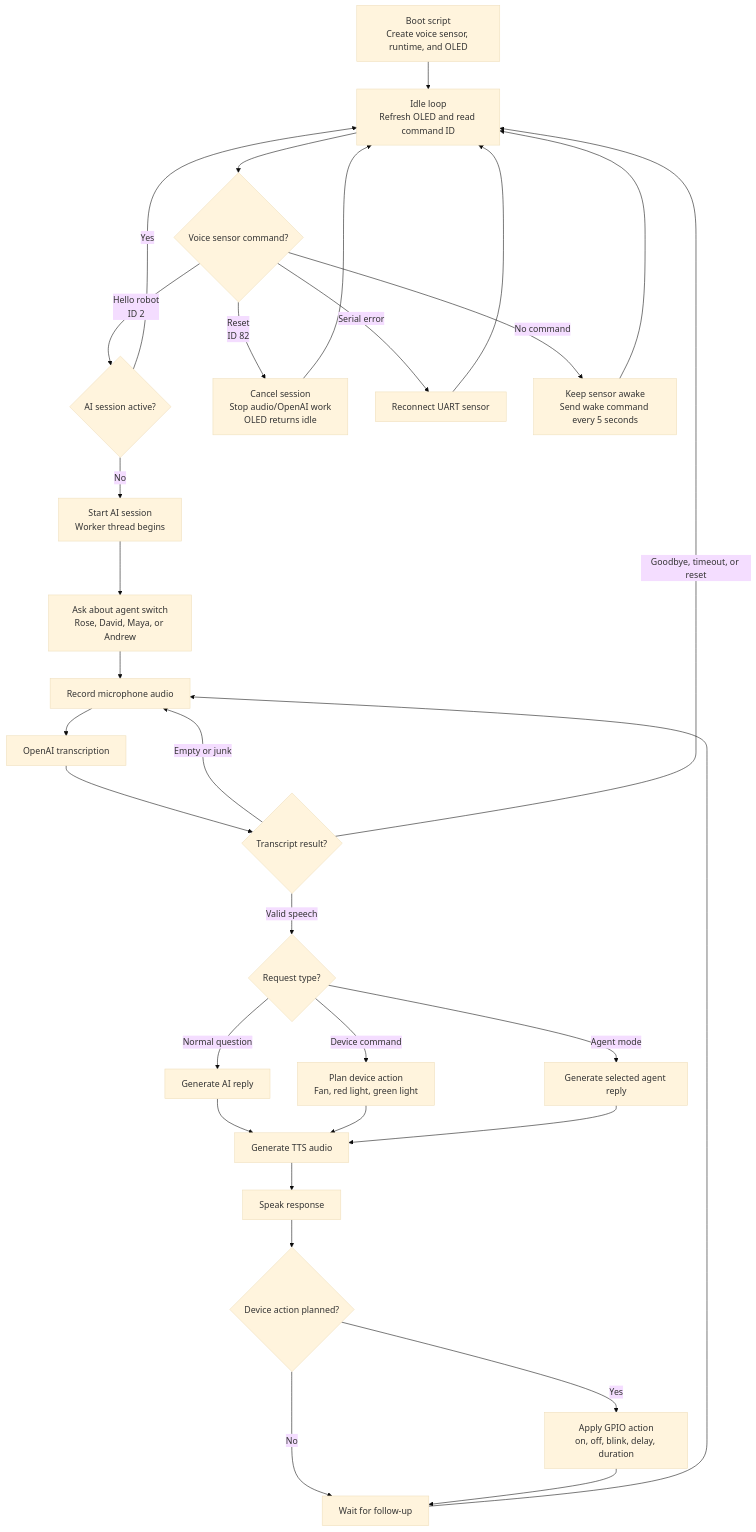
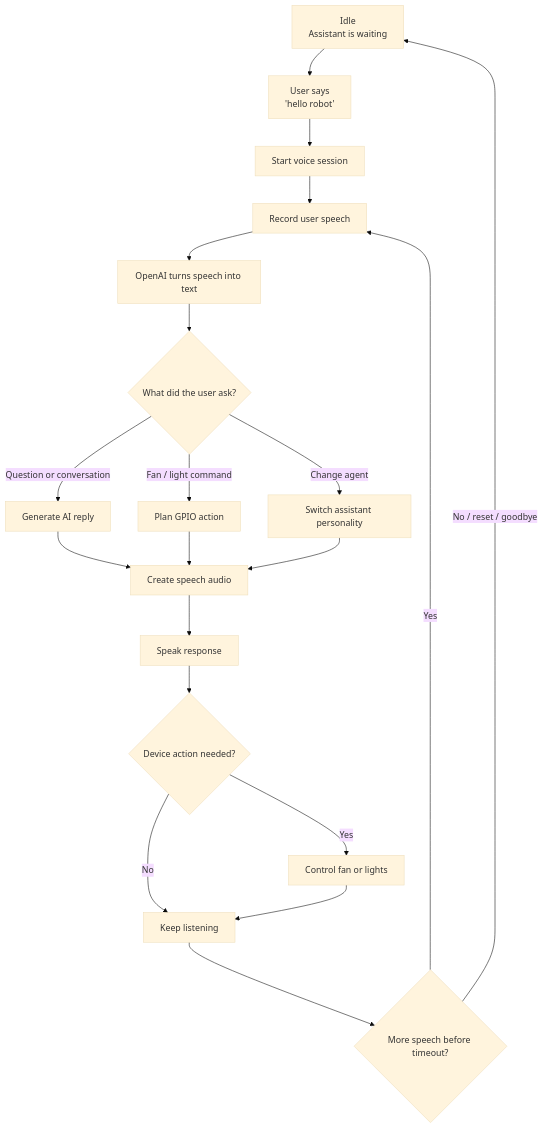
The diagram in docs/flowcharts/README.md (hieunguyentr/Smart-Voice-Home-Assistant), drawn with Mermaid (base theme) before and after one commit. The commit also changed other lines of this file and 1 other file, not shown here.

Commit message:
Simplify flowchart for readability

````diff
--- a/docs/flowcharts/README.md
+++ b/docs/flowcharts/README.md
@@ -7,42 +7,25 @@
 ```mermaid
 flowchart TD
-    A["Boot script<br/>Create voice sensor, runtime, and OLED"] --> B["Idle loop<br/>Refresh OLED and read command ID"]
-    B --> C{"Voice sensor command?"}
+    A["Idle<br/>Assistant is waiting"] --> B["User says<br/>'hello robot'"]
+    B --> C["Start voice session"]
+    C --> D["Record user speech"]
+    D --> E["OpenAI turns speech into text"]
+    E --> F{"What did the user ask?"}
 
-    C -->|"Hello robot<br/>ID 2"| D{"AI session active?"}
-    D -->|"No"| E["Start AI session<br/>Worker thread begins"]
-    D -->|"Yes"| B
+    F -->|"Question or conversation"| G["Generate AI reply"]
+    F -->|"Fan / light command"| H["Plan GPIO action"]
+    F -->|"Change agent"| I["Switch assistant personality"]
 
-    C -->|"Reset<br/>ID 82"| R["Cancel session<br/>Stop audio/OpenAI work<br/>OLED returns idle"]
-    R --> B
+    G --> J["Create speech audio"]
+    H --> J
+    I --> J
 
-    C -->|"Serial error"| U["Reconnect UART sensor"]
-    U --> B
-
-    C -->|"No command"| K["Keep sensor awake<br/>Send wake command every 5 seconds"]
-    K --> B
-
-    E --> F["Ask about agent switch<br/>Rose, David, Maya, or Andrew"]
-    F --> G["Record microphone audio"]
-    G --> H["OpenAI transcription"]
-    H --> I{"Transcript result?"}
-
-    I -->|"Empty or junk"| G
-    I -->|"Goodbye, timeout, or reset"| B
-    I -->|"Valid speech"| J{"Request type?"}
-
-    J -->|"Normal question"| L["Generate AI reply"]
-    J -->|"Device command"| M["Plan device action<br/>Fan, red light, green light"]
-    J -->|"Agent mode"| N["Generate selected agent reply"]
-
-    L --> O["Generate TTS audio"]
-    M --> O
-    N --> O
-
-    O --> P["Speak response"]
-    P --> Q{"Device action planned?"}
-    Q -->|"Yes"| S["Apply GPIO action<br/>on, off, blink, delay, duration"]
-    Q -->|"No"| T["Wait for follow-up"]
-    S --> T
-    T --> G
+    J --> K["Speak response"]
+    K --> L{"Device action needed?"}
+    L -->|"Yes"| M["Control fan or lights"]
+    L -->|"No"| N["Keep listening"]
+    M --> N
+    N --> O{"More speech before timeout?"}
+    O -->|"Yes"| D
+    O -->|"No / reset / goodbye"| A
 ```
````
